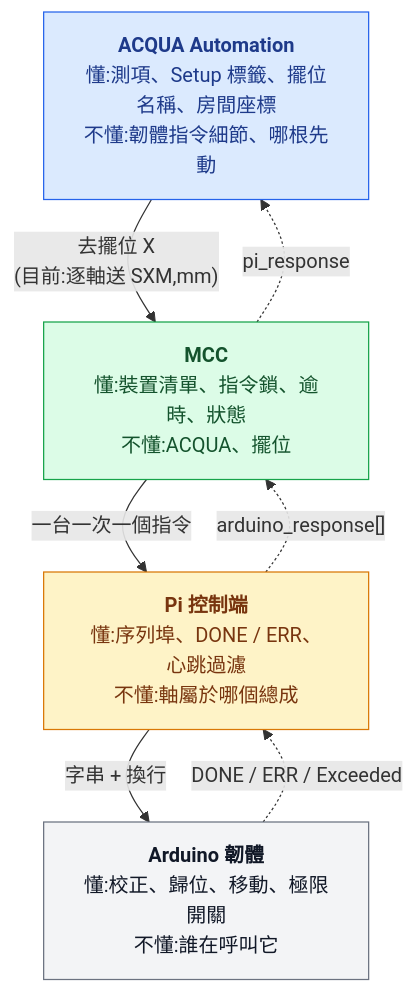
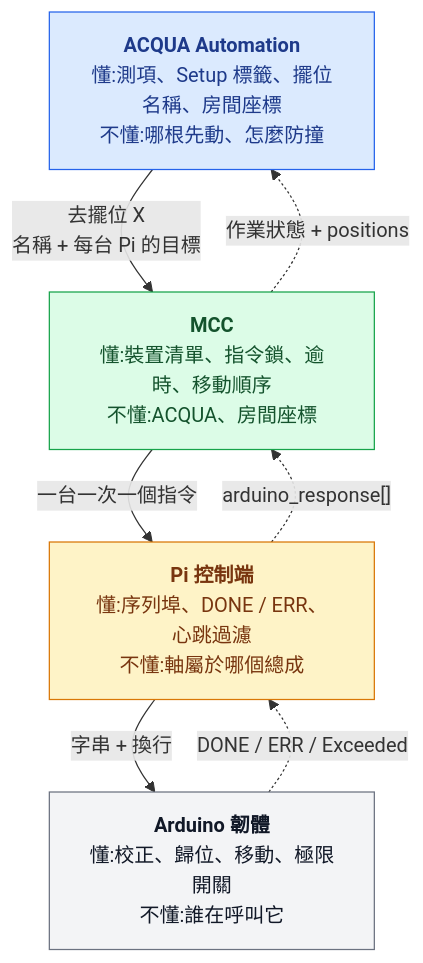
The diagram in docs/diagrams/02_layers.mmd (frank931023/ACQUA-Automation), drawn with Mermaid before and after one commit. The commit also changed 56 other files, not shown here.

```diff
--- a/docs/diagrams/02_layers.mmd
+++ b/docs/diagrams/02_layers.mmd
@@ -1,22 +1,22 @@
 %% 責任分層:每一層只懂自己那一塊,只跟相鄰的層講話
 flowchart TB
-    L1["<b>ACQUA Automation</b><br/>懂:測項、Setup 標籤、擺位名稱、房間座標<br/>不懂:韌體指令細節、哪根先動"]
-    L2["<b>MCC</b><br/>懂:裝置清單、指令鎖、逾時、狀態<br/>不懂:ACQUA、擺位"]
+    L1["<b>ACQUA Automation</b><br/>懂:測項、Setup 標籤、擺位名稱、房間座標<br/>不懂:哪根先動、怎麼防撞"]
+    L2["<b>MCC</b><br/>懂:裝置清單、指令鎖、逾時、移動順序<br/>不懂:ACQUA、房間座標"]
     L3["<b>Pi 控制端</b><br/>懂:序列埠、DONE / ERR、心跳過濾<br/>不懂:軸屬於哪個總成"]
     L4["<b>Arduino 韌體</b><br/>懂:校正、歸位、移動、極限開關<br/>不懂:誰在呼叫它"]
 
-    L1 -- "去擺位 X<br/>(目前:逐軸送 SXM,mm)" --> L2
+    L1 -- "去擺位 X<br/>名稱 + 每台 Pi 的目標" --> L2
     L2 -- "一台一次一個指令" --> L3
     L3 -- "字串 + 換行" --> L4
     L4 -. "DONE / ERR / Exceeded" .-> L3
     L3 -. "arduino_response[]" .-> L2
-    L2 -. "pi_response" .-> L1
+    L2 -. "作業狀態 + positions" .-> L1
 
     classDef ours fill:#dbeafe,stroke:#2563eb,color:#1e3a8a
     classDef mccc fill:#dcfce7,stroke:#16a34a,color:#14532d
     classDef pic fill:#fef3c7,stroke:#d97706,color:#78350f
     classDef ext fill:#f3f4f6,stroke:#6b7280,color:#111827
     class L1 ours
     class L2 mccc
     class L3 pic
     class L4 ext
```
